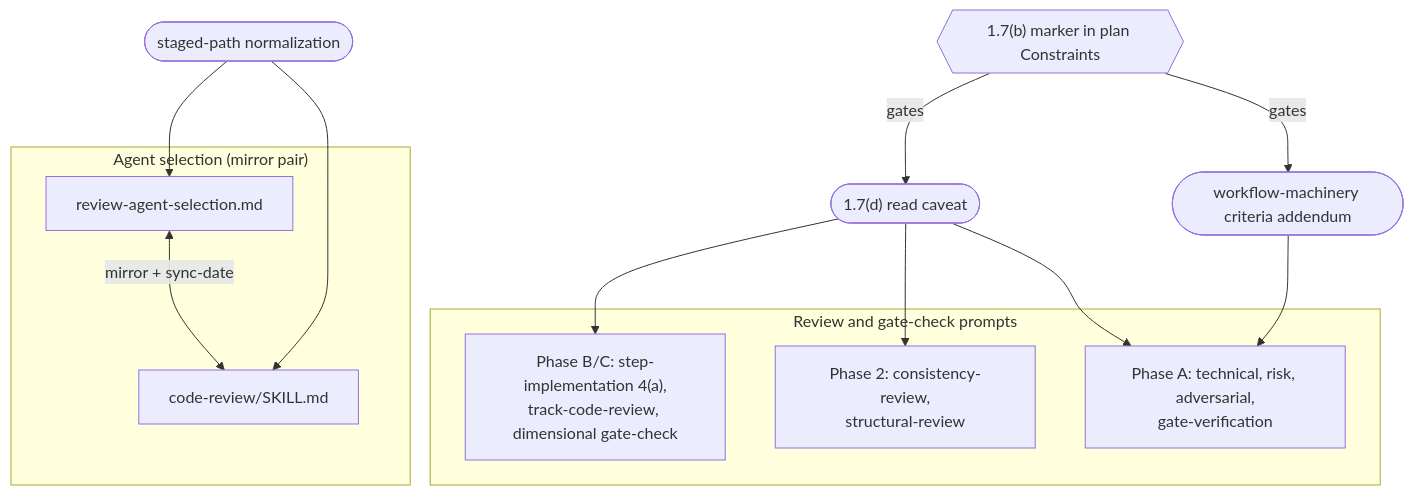
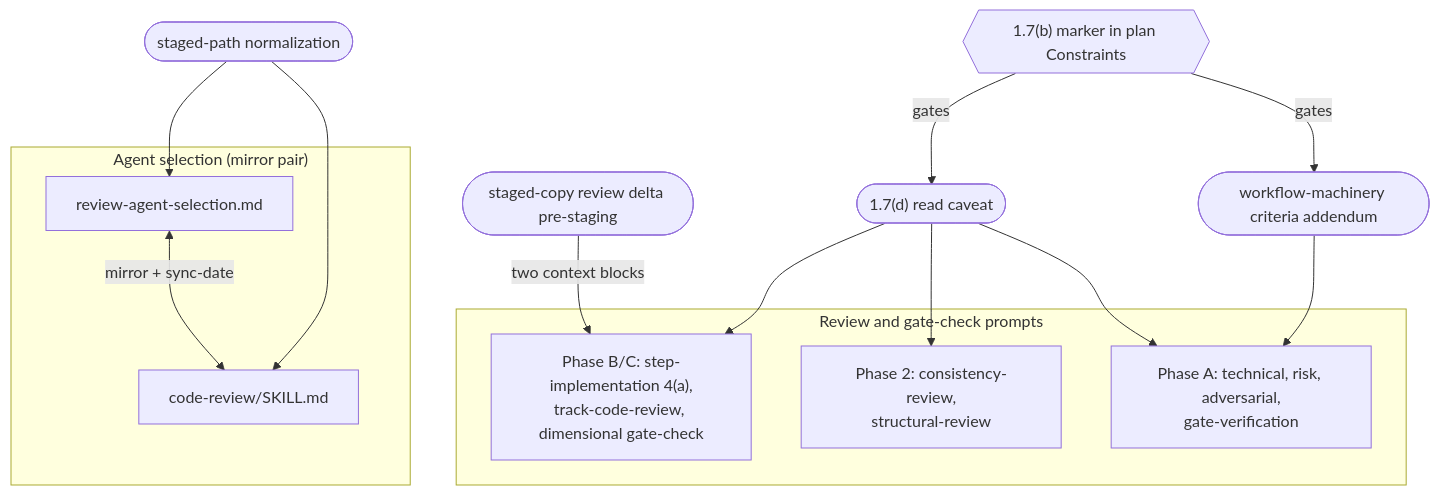
Before and after one commit to JetBrains/youtrackdb: the first of 3 diagrams in docs/adr/ytdb-1038-review-gate-for-workflow/_workflow/design.md, drawn with Mermaid. The commit also changed other lines of this file and 4 other files, not shown here.

````diff
--- a/docs/adr/ytdb-1038-review-gate-for-workflow/_workflow/design.md
+++ b/docs/adr/ytdb-1038-review-gate-for-workflow/_workflow/design.md
@@ -98,26 +105,28 @@
 ```mermaid
 flowchart TB
     subgraph selection["Agent selection (mirror pair)"]
         RAS["review-agent-selection.md"]
         CRS["code-review/SKILL.md"]
         RAS <-->|"mirror + sync-date"| CRS
     end
     subgraph prompts["Review and gate-check prompts"]
         DIM["Phase B/C: step-implementation 4(a),<br/>track-code-review, dimensional gate-check"]
         PR["Phase 2: consistency-review,<br/>structural-review"]
         PA["Phase A: technical, risk, adversarial,<br/>gate-verification"]
     end
     NORM(["staged-path normalization"])
     CAVEAT(["1.7(d) read caveat"])
+    DELTA(["staged-copy review delta pre-staging"])
     ADD(["workflow-machinery criteria addendum"])
     MARKER{{"1.7(b) marker in plan Constraints"}}
 
     NORM --> RAS
     NORM --> CRS
     MARKER -->|gates| CAVEAT
     MARKER -->|gates| ADD
     CAVEAT --> DIM
     CAVEAT --> PR
     CAVEAT --> PA
+    DELTA -->|"two context blocks"| DIM
     ADD --> PA
 ```
````
